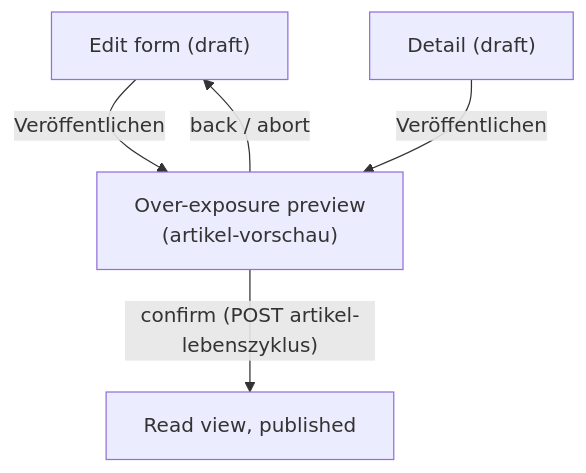
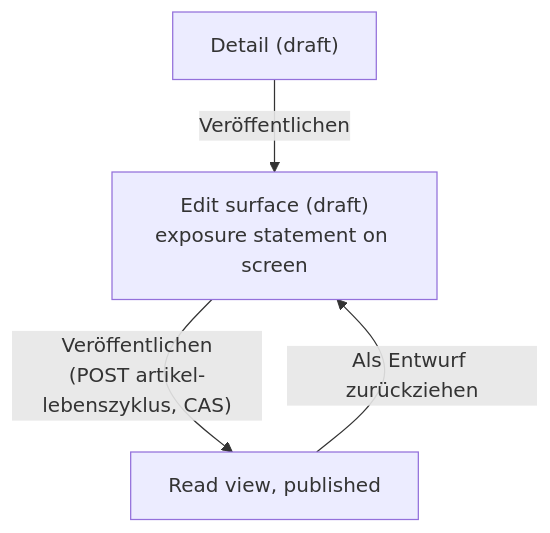
Before and after one commit to deutscher-pfadfinderbund/bundesarchiv: the third of 7 diagrams in docs/design/userflows.md, drawn with Mermaid. The commit also changed other lines of this file and 25 other files, not shown here.

First line of the commit message:
edit surface: the record card and the reader's sheet replace the seven fieldsets (composition E)

````diff
--- a/docs/design/userflows.md
+++ b/docs/design/userflows.md
@@ -91,7 +96,6 @@
 ```mermaid
 flowchart TD
-    EDIT["Edit form (draft)"] -->|"Veröffentlichen"| PREV["Over-exposure preview\n(artikel-vorschau)"]
-    DET["Detail (draft)"] -->|"Veröffentlichen"| PREV
-    PREV -->|"confirm (POST artikel-lebenszyklus)"| READ["Read view, published"]
-    PREV -->|"back / abort"| EDIT
+    EDIT["Edit surface (draft)\nexposure statement on screen"] -->|"Veröffentlichen\n(POST artikel-lebenszyklus, CAS)"| READ["Read view, published"]
+    DET["Detail (draft)"] -->|"Veröffentlichen"| EDIT
+    READ -->|"Als Entwurf zurückziehen"| EDIT
 ```
````
